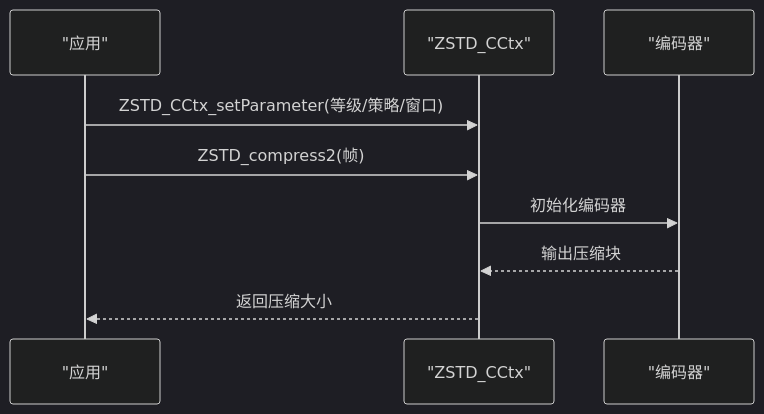
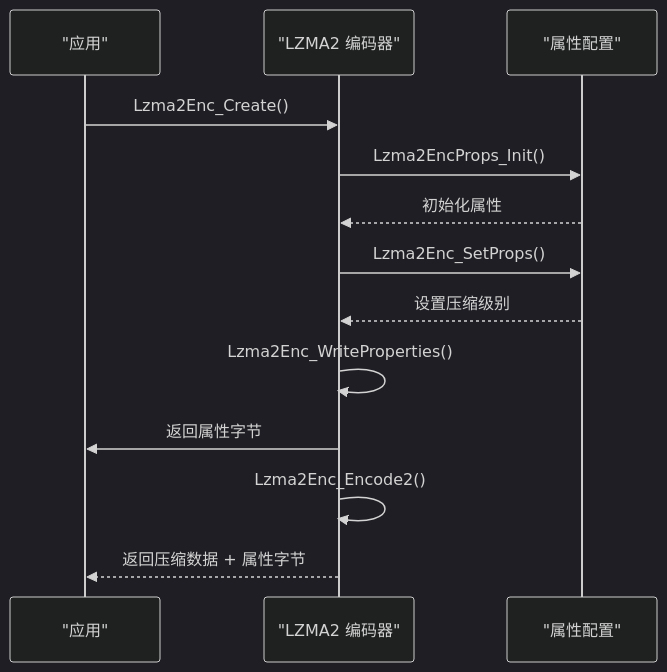
Before and after one commit to xywhsoft/xpack: the fourth of 5 diagrams in .qoder/repowiki/zh/content/压缩算法集成/压缩算法集成.md, drawn with Mermaid (dark theme). The commit also changed other lines of this file and 23 other files, not shown here.

````diff
--- a/.qoder/repowiki/zh/content/压缩算法集成/压缩算法集成.md
+++ b/.qoder/repowiki/zh/content/压缩算法集成/压缩算法集成.md
@@ -227,11 +280,15 @@
 ```mermaid
 sequenceDiagram
 participant App as "应用"
-participant ZC as "ZSTD_CCtx"
-participant Enc as "编码器"
-App->>ZC : ZSTD_CCtx_setParameter(等级/策略/窗口)
-App->>ZC : ZSTD_compress2(帧)
-ZC->>Enc : 初始化编码器
-Enc-->>ZC : 输出压缩块
-ZC-->>App : 返回压缩大小
+participant LZMA2 as "LZMA2 编码器"
+participant Props as "属性配置"
+App->>LZMA2 : Lzma2Enc_Create()
+LZMA2->>Props : Lzma2EncProps_Init()
+Props-->>LZMA2 : 初始化属性
+LZMA2->>Props : Lzma2Enc_SetProps()
+Props-->>LZMA2 : 设置压缩级别
+LZMA2->>LZMA2 : Lzma2Enc_WriteProperties()
+LZMA2->>App : 返回属性字节
+LZMA2->>LZMA2 : Lzma2Enc_Encode2()
+LZMA2-->>App : 返回压缩数据 + 属性字节
 ```
````
